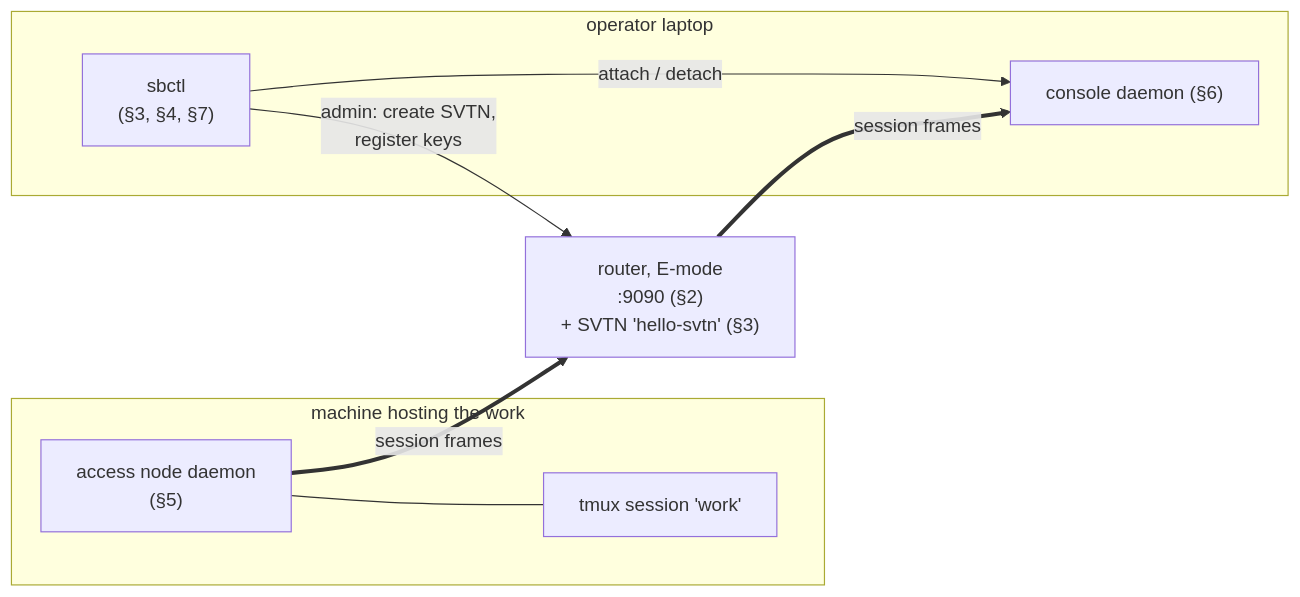
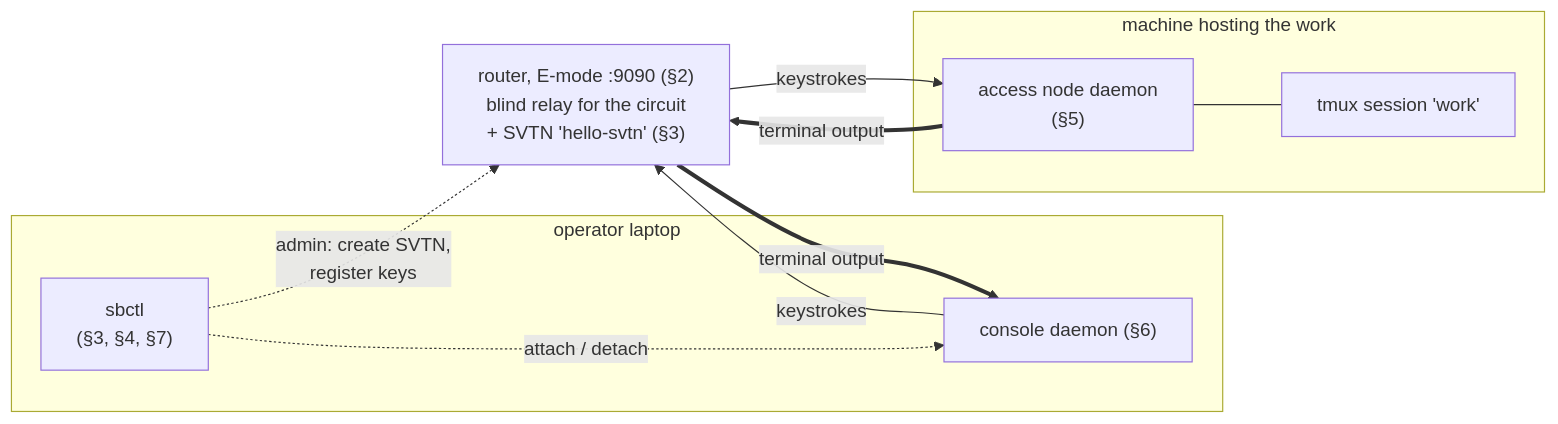
The first of 2 diagrams in docs/getting-started.md (ArcavenAE/switchboard-blue), drawn with Mermaid before and after one commit. The commit also changed other lines of this file and 9 other files, not shown here.

First line of the commit message:
docs(diagrams): network view first — data plane and trust split lead, sbctl demoted to ground level (#117)

````diff
--- a/docs/getting-started.md
+++ b/docs/getting-started.md
@@ -16,17 +22,18 @@
 ```mermaid
 graph LR
+    subgraph laptop["operator laptop"]
+        SB["sbctl<br/>(§3, §4, §7)"]
+        CN["console daemon (§6)"]
+    end
+    R["router, E-mode :9090 (§2)<br/>blind relay for the circuit<br/>+ SVTN 'hello-svtn' (§3)"]
     subgraph work["machine hosting the work"]
+        AN["access node daemon<br/>(§5)"]
         TM["tmux session 'work'"]
-        AN["access node daemon<br/>(§5)"]
         AN --- TM
     end
-    R["router, E-mode<br/>:9090 (§2)<br/>+ SVTN 'hello-svtn' (§3)"]
-    subgraph laptop["operator laptop"]
-        CN["console daemon (§6)"]
-        SB["sbctl<br/>(§3, §4, §7)"]
-    end
 
-    AN == "session frames" ==> R == "session frames" ==> CN
-    SB -- "admin: create SVTN,<br/>register keys" --> R
-    SB -- "attach / detach" --> CN
+    CN -- "keystrokes" --> R -- "keystrokes" --> AN
+    AN == "terminal output" ==> R == "terminal output" ==> CN
+    SB -. "admin: create SVTN,<br/>register keys" .-> R
+    SB -. "attach / detach" .-> CN
 ```
````
